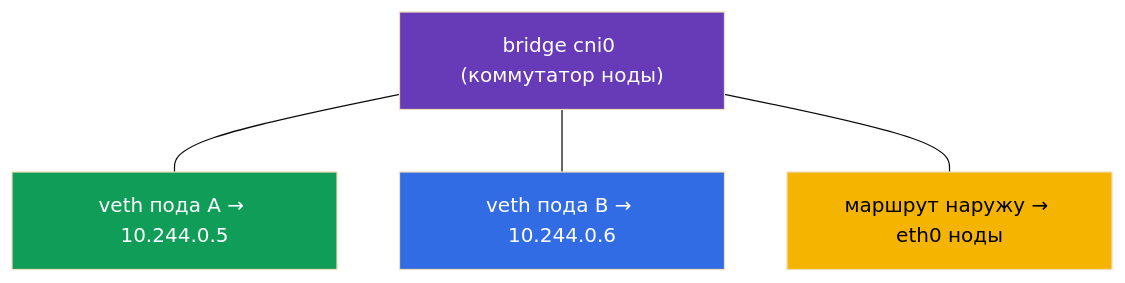
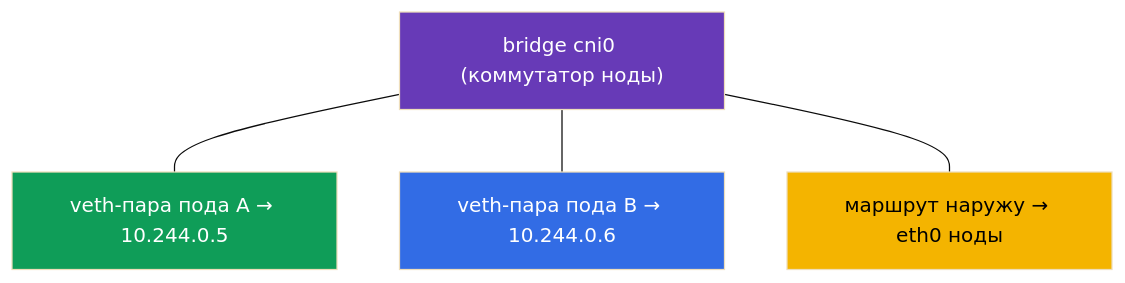
Before and after one commit to ViktorUJ/cks: the fifth of 7 diagrams in tasks/cka/course/00-7-netns/ru.md, drawn with Mermaid (base theme). The commit also changed other lines of this file and 10 other files, not shown here.

````diff
--- a/tasks/cka/course/00-7-netns/ru.md
+++ b/tasks/cka/course/00-7-netns/ru.md
@@ -98,11 +151,11 @@
 ```mermaid
 flowchart TB
     br["bridge cni0 (коммутатор ноды)"]
-    br --- p1["veth пода A → 10.244.0.5"]
-    br --- p2["veth пода B → 10.244.0.6"]
+    br --- p1["veth-пара пода A → 10.244.0.5"]
+    br --- p2["veth-пара пода B → 10.244.0.6"]
     br --- ext["маршрут наружу → eth0 ноды"]
     style br fill:#673ab7,color:#fff
     style p1 fill:#0f9d58,color:#fff
     style p2 fill:#326ce5,color:#fff
     style ext fill:#f4b400,color:#000
 ```
````
